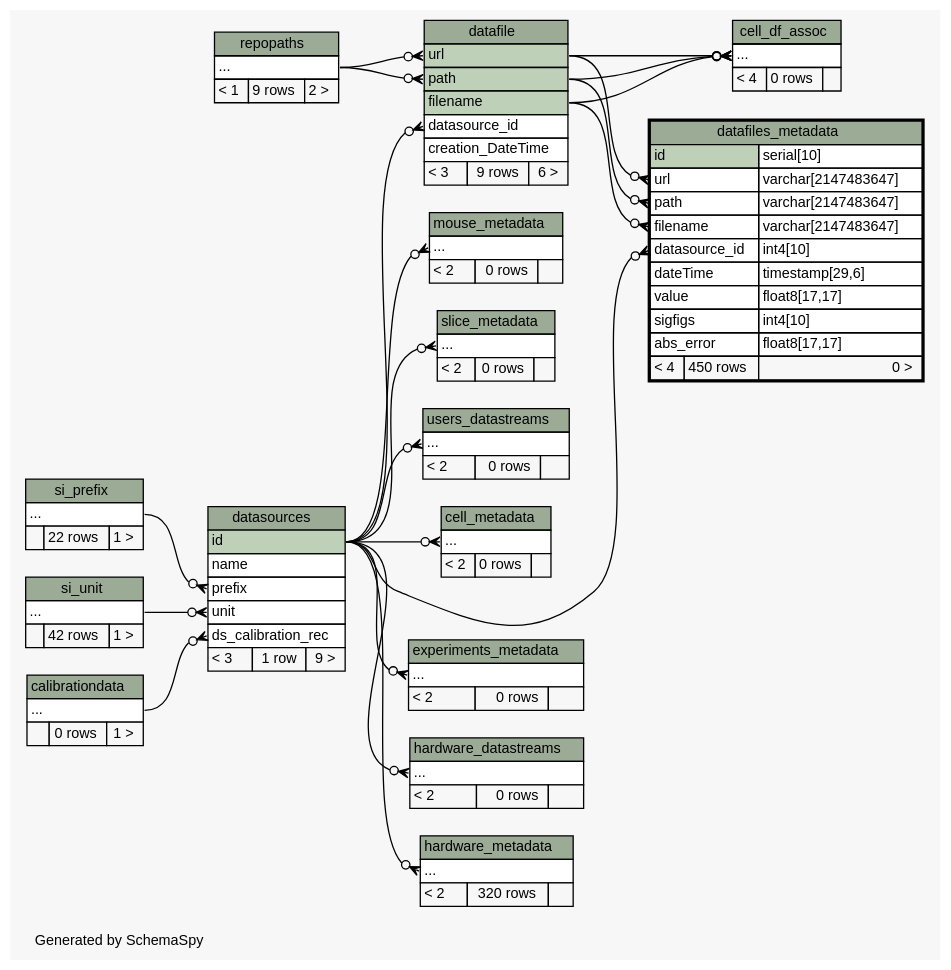
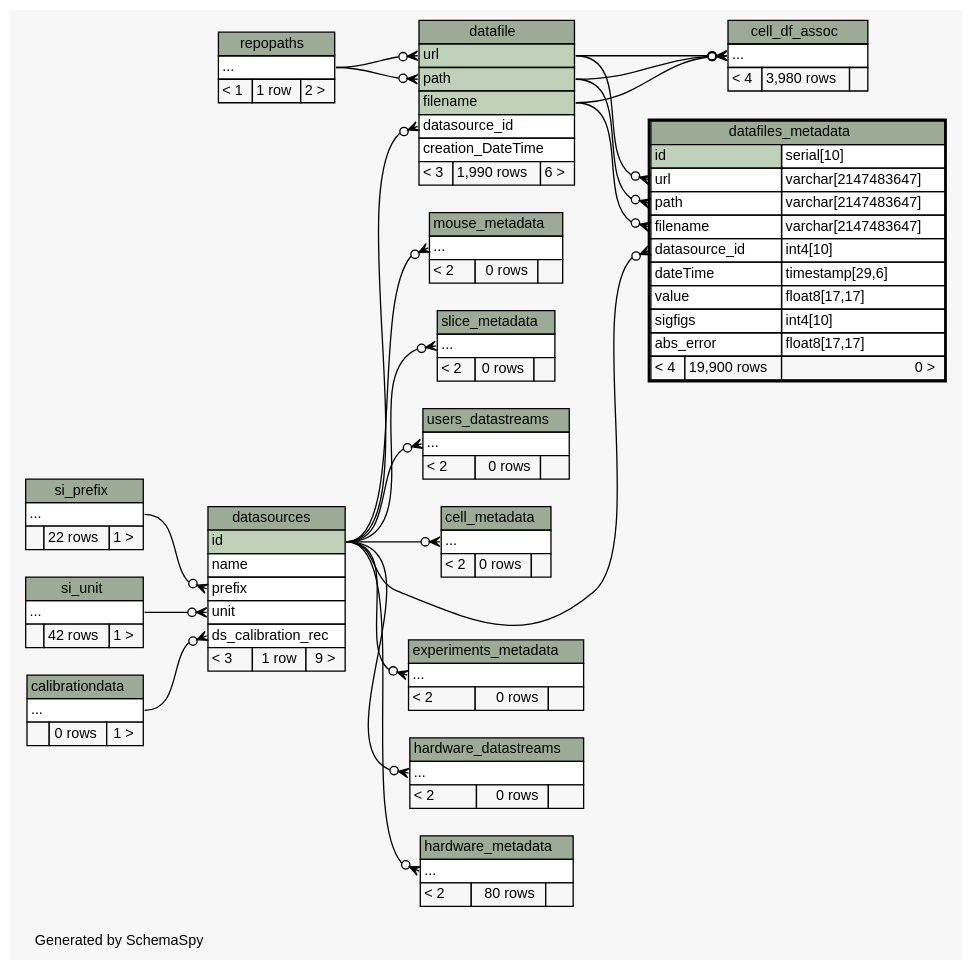
The diagram in database/ss/diagrams/datafiles_metadata.2degrees.dot (tgbugs/mlab), drawn with Graphviz before and after one commit. The commit also changed 221 other files, not shown here.

```diff
--- a/database/ss/diagrams/datafiles_metadata.2degrees.dot
+++ b/database/ss/diagrams/datafiles_metadata.2degrees.dot
@@ -54,7 +54,7 @@
     <TABLE BORDER="0" CELLBORDER="1" CELLSPACING="0" BGCOLOR="#ffffff">
       <TR><TD COLSPAN="3" BGCOLOR="#9bab96" ALIGN="CENTER">cell_df_assoc</TD></TR>
       <TR><TD PORT="elipses" COLSPAN="3" ALIGN="LEFT">...</TD></TR>
-      <TR><TD ALIGN="LEFT" BGCOLOR="#f7f7f7">&lt; 4</TD><TD ALIGN="RIGHT" BGCOLOR="#f7f7f7">0 rows</TD><TD ALIGN="RIGHT" BGCOLOR="#f7f7f7">  </TD></TR>
+      <TR><TD ALIGN="LEFT" BGCOLOR="#f7f7f7">&lt; 4</TD><TD ALIGN="RIGHT" BGCOLOR="#f7f7f7">3,980 rows</TD><TD ALIGN="RIGHT" BGCOLOR="#f7f7f7">  </TD></TR>
     </TABLE>>
     URL="cell_df_assoc.html"
     tooltip="cell_df_assoc"
@@ -78,7 +78,7 @@
       <TR><TD PORT="filename" COLSPAN="3" BGCOLOR="#bed1b8" ALIGN="LEFT">filename</TD></TR>
       <TR><TD PORT="datasource_id" COLSPAN="3" ALIGN="LEFT">datasource_id</TD></TR>
       <TR><TD PORT="creation_DateTime" COLSPAN="3" ALIGN="LEFT">creation_DateTime</TD></TR>
-      <TR><TD ALIGN="LEFT" BGCOLOR="#f7f7f7">&lt; 3</TD><TD ALIGN="RIGHT" BGCOLOR="#f7f7f7">9 rows</TD><TD ALIGN="RIGHT" BGCOLOR="#f7f7f7">6 &gt;</TD></TR>
+      <TR><TD ALIGN="LEFT" BGCOLOR="#f7f7f7">&lt; 3</TD><TD ALIGN="RIGHT" BGCOLOR="#f7f7f7">1,990 rows</TD><TD ALIGN="RIGHT" BGCOLOR="#f7f7f7">6 &gt;</TD></TR>
     </TABLE>>
     URL="datafile.html"
     tooltip="datafile"
@@ -96,7 +96,7 @@
       <TR><TD PORT="value" COLSPAN="2" ALIGN="LEFT">value</TD><TD PORT="value.type" ALIGN="LEFT">float8[17,17]</TD></TR>
       <TR><TD PORT="sigfigs" COLSPAN="2" ALIGN="LEFT">sigfigs</TD><TD PORT="sigfigs.type" ALIGN="LEFT">int4[10]</TD></TR>
       <TR><TD PORT="abs_error" COLSPAN="2" ALIGN="LEFT">abs_error</TD><TD PORT="abs_error.type" ALIGN="LEFT">float8[17,17]</TD></TR>
-      <TR><TD ALIGN="LEFT" BGCOLOR="#f7f7f7">&lt; 4</TD><TD ALIGN="RIGHT" BGCOLOR="#f7f7f7">450 rows</TD><TD ALIGN="RIGHT" BGCOLOR="#f7f7f7">0 &gt;</TD></TR>
+      <TR><TD ALIGN="LEFT" BGCOLOR="#f7f7f7">&lt; 4</TD><TD ALIGN="RIGHT" BGCOLOR="#f7f7f7">19,900 rows</TD><TD ALIGN="RIGHT" BGCOLOR="#f7f7f7">0 &gt;</TD></TR>
     </TABLE>>
     URL="datafiles_metadata.html"
     tooltip="datafiles_metadata"
@@ -140,7 +140,7 @@
     <TABLE BORDER="0" CELLBORDER="1" CELLSPACING="0" BGCOLOR="#ffffff">
       <TR><TD COLSPAN="3" BGCOLOR="#9bab96" ALIGN="CENTER">hardware_metadata</TD></TR>
       <TR><TD PORT="elipses" COLSPAN="3" ALIGN="LEFT">...</TD></TR>
-      <TR><TD ALIGN="LEFT" BGCOLOR="#f7f7f7">&lt; 2</TD><TD ALIGN="RIGHT" BGCOLOR="#f7f7f7">320 rows</TD><TD ALIGN="RIGHT" BGCOLOR="#f7f7f7">  </TD></TR>
+      <TR><TD ALIGN="LEFT" BGCOLOR="#f7f7f7">&lt; 2</TD><TD ALIGN="RIGHT" BGCOLOR="#f7f7f7">80 rows</TD><TD ALIGN="RIGHT" BGCOLOR="#f7f7f7">  </TD></TR>
     </TABLE>>
     URL="hardware_metadata.html"
     tooltip="hardware_metadata"
@@ -160,7 +160,7 @@
     <TABLE BORDER="0" CELLBORDER="1" CELLSPACING="0" BGCOLOR="#ffffff">
       <TR><TD COLSPAN="3" BGCOLOR="#9bab96" ALIGN="CENTER">repopaths</TD></TR>
       <TR><TD PORT="elipses" COLSPAN="3" ALIGN="LEFT">...</TD></TR>
-      <TR><TD ALIGN="LEFT" BGCOLOR="#f7f7f7">&lt; 1</TD><TD ALIGN="RIGHT" BGCOLOR="#f7f7f7">9 rows</TD><TD ALIGN="RIGHT" BGCOLOR="#f7f7f7">2 &gt;</TD></TR>
+      <TR><TD ALIGN="LEFT" BGCOLOR="#f7f7f7">&lt; 1</TD><TD ALIGN="RIGHT" BGCOLOR="#f7f7f7">1 row</TD><TD ALIGN="RIGHT" BGCOLOR="#f7f7f7">2 &gt;</TD></TR>
     </TABLE>>
     URL="repopaths.html"
     tooltip="repopaths"
```
